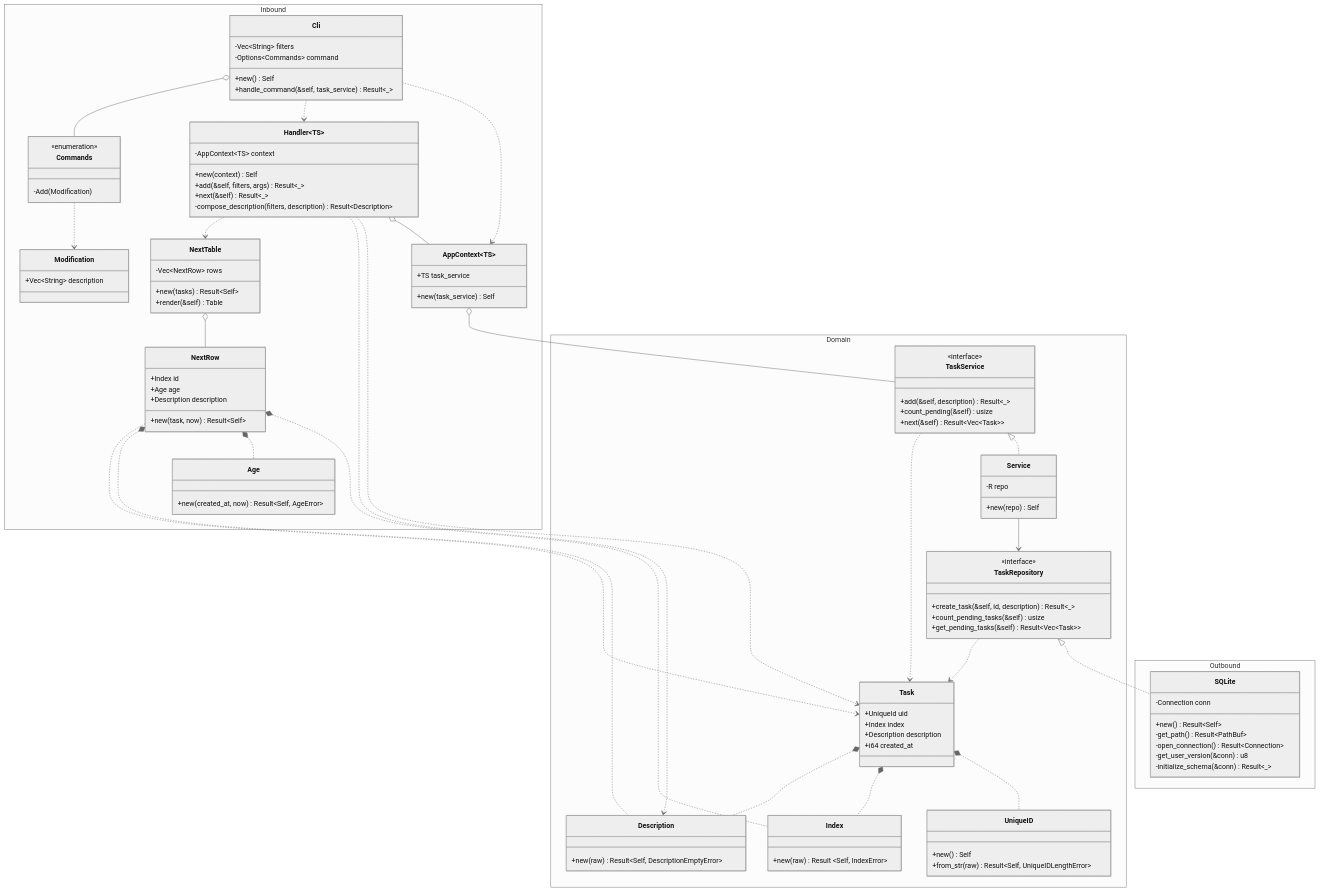
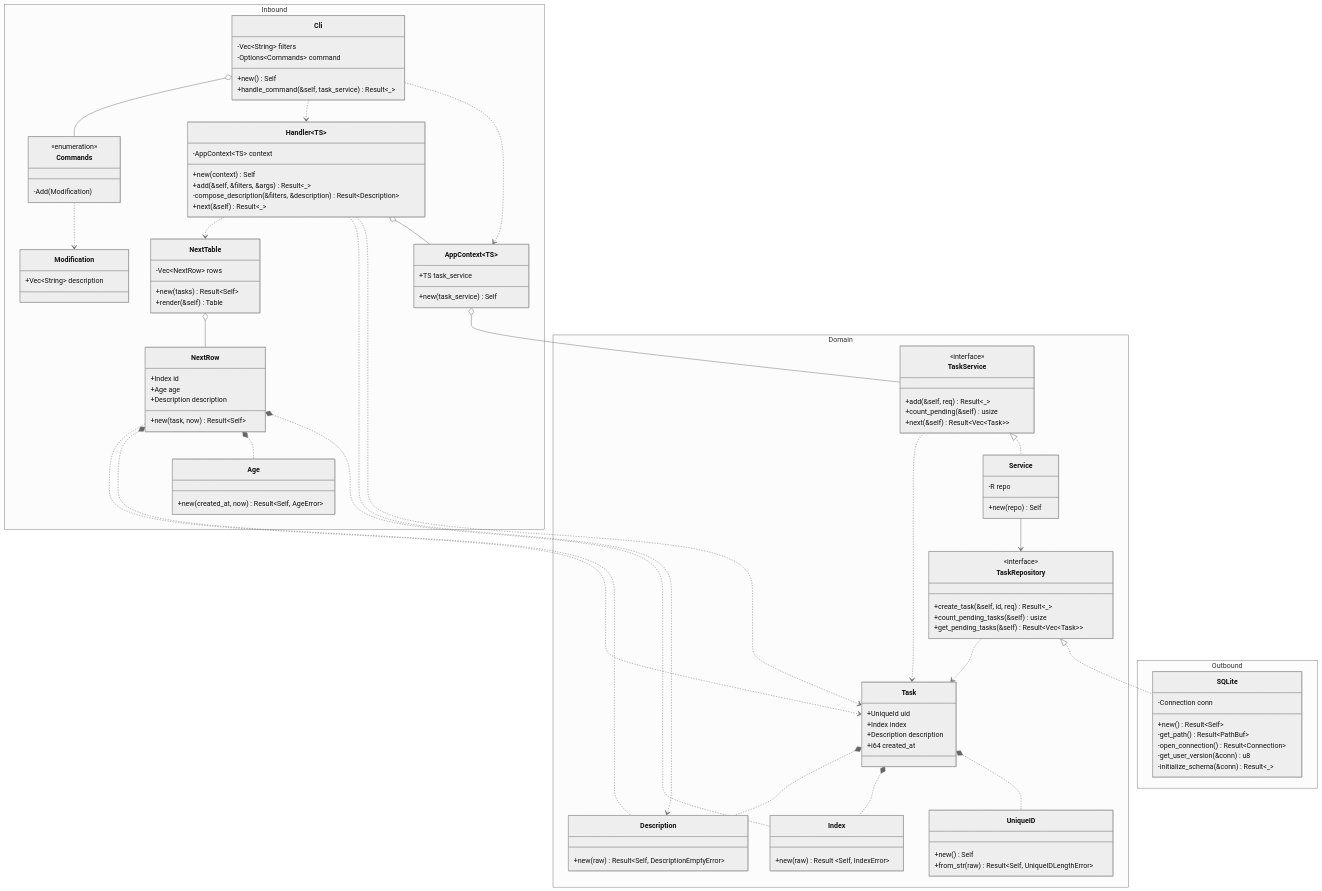
Before and after one commit to rvnkcode/dawn: the diagram in docs/class.md, drawn with Mermaid (neutral theme). The commit also changed 5 other files, not shown here.

```diff
--- a/docs/class.md
+++ b/docs/class.md
@@ -27,9 +27,9 @@
     class Handler~TS~ {
       -AppContext~TS~ context
       +new(context) Self
-      +add(&self, filters, args) Result~_~
+      +add(&self, &filters, &args) Result~_~
+      -compose_description(&filters, &description) Result~Description~
       +next(&self) Result~_~
-      -compose_description(filters, description) Result~Description~
     }
     class Cli {
       -Vec~String~ filters
@@ -85,7 +85,7 @@
     }
     class TaskService {
       <<interface>>
-      +add(&self, description) Result~_~
+      +add(&self, req) Result~_~
       +count_pending(&self) usize
       +next(&self) Result~Vec~Task~~
     }
@@ -95,7 +95,7 @@
     }
     class TaskRepository {
       <<interface>>
-      +create_task(&self, id, description) Result~_~
+      +create_task(&self, id, req) Result~_~
       +count_pending_tasks(&self) usize
       +get_pending_tasks(&self) Result~Vec~Task~~
     }
```
